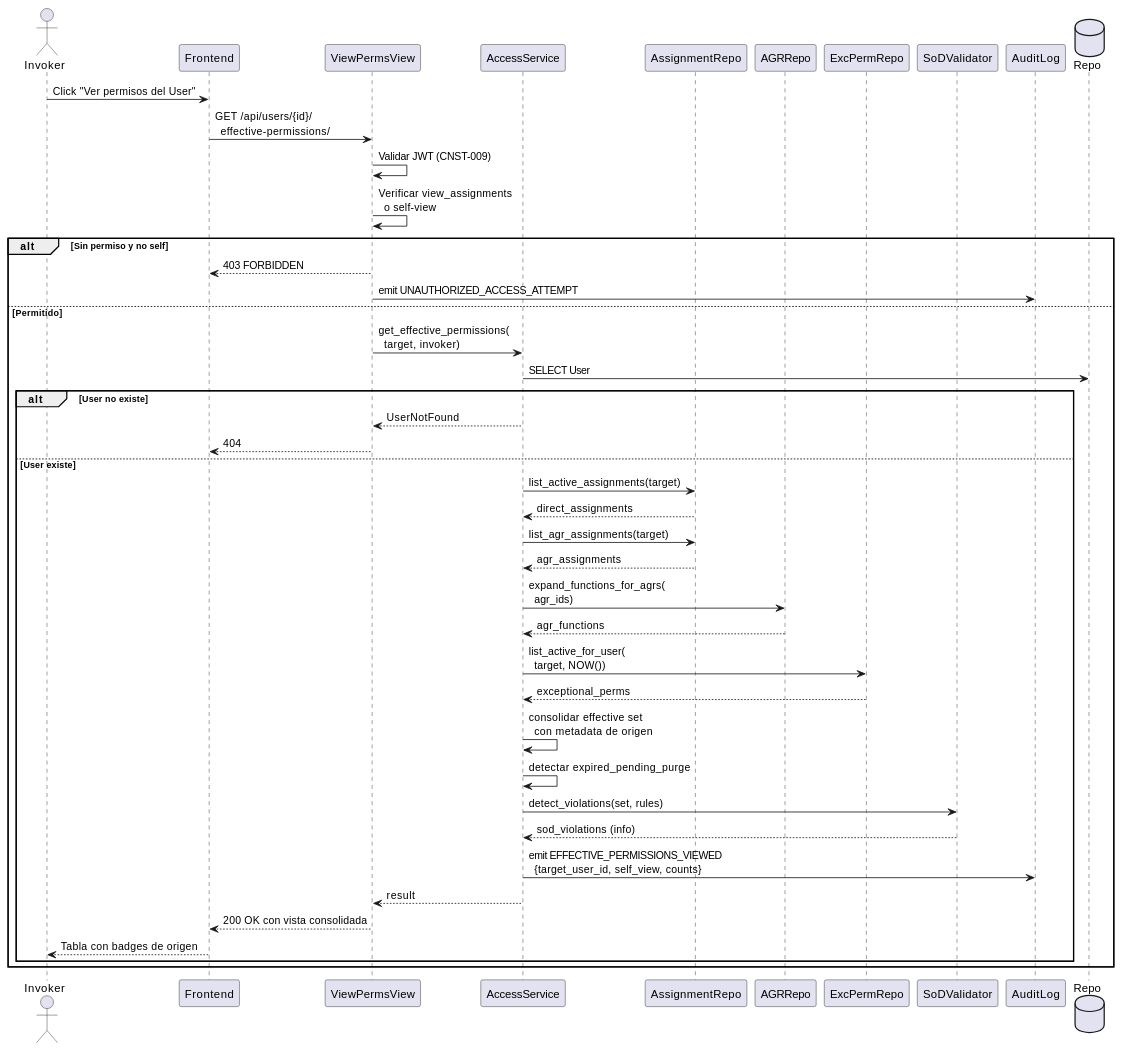
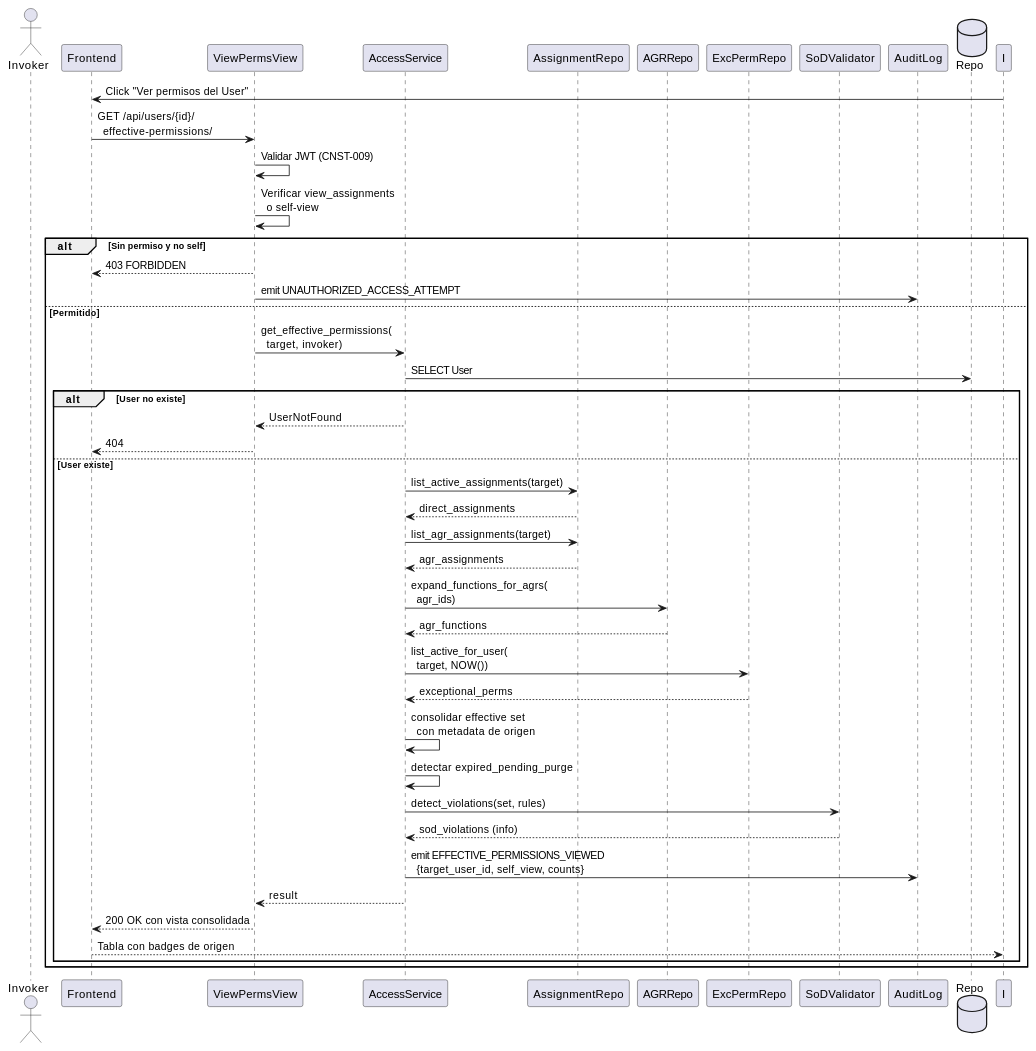
The second of 4 diagrams in source/requisitos/casos-uso/access/uc-acc-03/diagramas-uml.rst (jcg-admin/IACT-docs), drawn with PlantUML before and after one commit. The commit also changed other lines of this file and 79 other files, not shown here.

First line of the commit message:
Sweep cryptic aliases in UC diagramas-uml files

```diff
--- a/source/requisitos/casos-uso/access/uc-acc-03/diagramas-uml.rst
+++ b/source/requisitos/casos-uso/access/uc-acc-03/diagramas-uml.rst
@@ -55,55 +55,55 @@
 .. uml::
  :caption: UC_ACC_03 — flujo principal
 
  @startuml
 
- actor Invoker as I
- participant "Frontend" as FE
- participant "ViewPermsView" as VV
- participant "AccessService" as AS
- participant "AssignmentRepo" as AR
- participant "AGRRepo" as GR
- participant "ExcPermRepo" as XR
- participant "SoDValidator" as SV
- participant "AuditLog" as AL
- database "Repo" as DB
+ actor Invoker as Invoker
+ participant "Frontend" as Frontend
+ participant "ViewPermsView" as Viewpermsview
+ participant "AccessService" as Accessservice
+ participant "AssignmentRepo" as Assignmentrepo
+ participant "AGRRepo" as Agrrepo
+ participant "ExcPermRepo" as Excpermrepo
+ participant "SoDValidator" as Sodvalidator
+ participant "AuditLog" as Auditlog
+ database "Repo" as Repo
 
- I -> FE: Click "Ver permisos del User"
- FE -> VV: GET /api/users/{id}/\n  effective-permissions/
+ I -> Frontend: Click "Ver permisos del User"
+ Frontend -> Viewpermsview: GET /api/users/{id}/\n  effective-permissions/
 
- VV -> VV: Validar JWT (CNST-009)
- VV -> VV: Verificar view_assignments\n  o self-view
+ Viewpermsview -> Viewpermsview: Validar JWT (CNST-009)
+ Viewpermsview -> Viewpermsview: Verificar view_assignments\n  o self-view
 
  alt Sin permiso y no self
-   VV --> FE: 403 FORBIDDEN
-   VV -> AL: emit UNAUTHORIZED_ACCESS_ATTEMPT
+   Viewpermsview --> Frontend: 403 FORBIDDEN
+   Viewpermsview -> Auditlog: emit UNAUTHORIZED_ACCESS_ATTEMPT
  else Permitido
-   VV -> AS: get_effective_permissions(\n  target, invoker)
+   Viewpermsview -> Accessservice: get_effective_permissions(\n  target, invoker)
 
-   AS -> DB: SELECT User
+   Accessservice -> Repo: SELECT User
    alt User no existe
-     AS --> VV: UserNotFound
-     VV --> FE: 404
+     Accessservice --> Viewpermsview: UserNotFound
+     Viewpermsview --> Frontend: 404
    else User existe
-     AS -> AR: list_active_assignments(target)
-     AR --> AS: direct_assignments
-     AS -> AR: list_agr_assignments(target)
-     AR --> AS: agr_assignments
-     AS -> GR: expand_functions_for_agrs(\n  agr_ids)
-     GR --> AS: agr_functions
-     AS -> XR: list_active_for_user(\n  target, NOW())
-     XR --> AS: exceptional_perms
-     AS -> AS: consolidar effective set\n  con metadata de origen
-     AS -> AS: detectar expired_pending_purge
-     AS -> SV: detect_violations(set, rules)
-     SV --> AS: sod_violations (info)
+     Accessservice -> Assignmentrepo: list_active_assignments(target)
+     Assignmentrepo --> Accessservice: direct_assignments
+     Accessservice -> Assignmentrepo: list_agr_assignments(target)
+     Assignmentrepo --> Accessservice: agr_assignments
+     Accessservice -> Agrrepo: expand_functions_for_agrs(\n  agr_ids)
+     Agrrepo --> Accessservice: agr_functions
+     Accessservice -> Excpermrepo: list_active_for_user(\n  target, NOW())
+     Excpermrepo --> Accessservice: exceptional_perms
+     Accessservice -> Accessservice: consolidar effective set\n  con metadata de origen
+     Accessservice -> Accessservice: detectar expired_pending_purge
+     Accessservice -> Sodvalidator: detect_violations(set, rules)
+     Sodvalidator --> Accessservice: sod_violations (info)
 
-     AS -> AL: emit EFFECTIVE_PERMISSIONS_VIEWED\n  {target_user_id, self_view, counts}
+     Accessservice -> Auditlog: emit EFFECTIVE_PERMISSIONS_VIEWED\n  {target_user_id, self_view, counts}
 
-     AS --> VV: result
-     VV --> FE: 200 OK con vista consolidada
-     FE --> I: Tabla con badges de origen
+     Accessservice --> Viewpermsview: result
+     Viewpermsview --> Frontend: 200 OK con vista consolidada
+     Frontend --> I: Tabla con badges de origen
    end
  end
 
  @enduml
```
